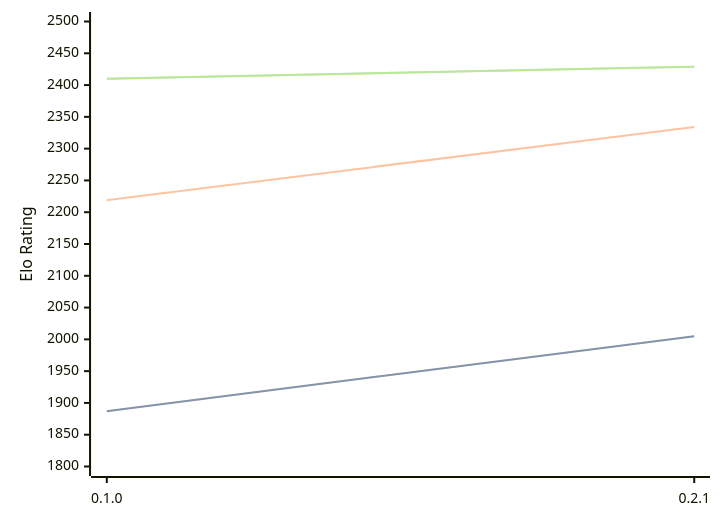
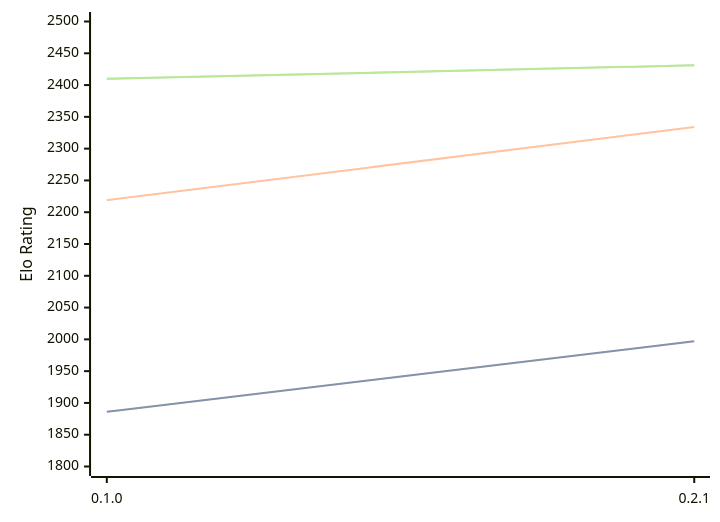
One commit to computer-chess-index/cci changed the diagram in engines/Sykora.md. Above: the diagram before and after it, drawn with Mermaid. The commit also changed other lines of this file, not shown here.

Commit message:
Update CCI Ratings (ELO VLTC) - 2026-05-22

````diff
--- a/engines/Sykora.md
+++ b/engines/Sykora.md
@@ -33,11 +33,11 @@
 ```mermaid
 %%{init: {"theme":"base","themeVariables":{"seriesColors:['#a3a3a3','#222221','#faa371']}}}%%
 xychart-beta
   x-axis ["0.1.0", "0.2.1"]
   y-axis "Elo Rating" 1800 --> 2500
-  line "STC (8.0+0.08s)" [1887, 2005]
-  line "STC (8.0+0.08s)" [1887, 2005]
+  line "STC (8.0+0.08s)" [1886, 1997]
+  line "STC (8.0+0.08s)" [1886, 1997]
   line "LTC (60.0+0.60s)" [2219, 2334]
-  line "VLTC (2m24s+1.12s)" [2410, 2429]
-  line "VLTC (2m24s+1.12s)" [2410, 2429]
+  line "VLTC (2m24s+1.12s)" [2410, 2431]
+  line "VLTC (2m24s+1.12s)" [2410, 2431]
 ```
````
